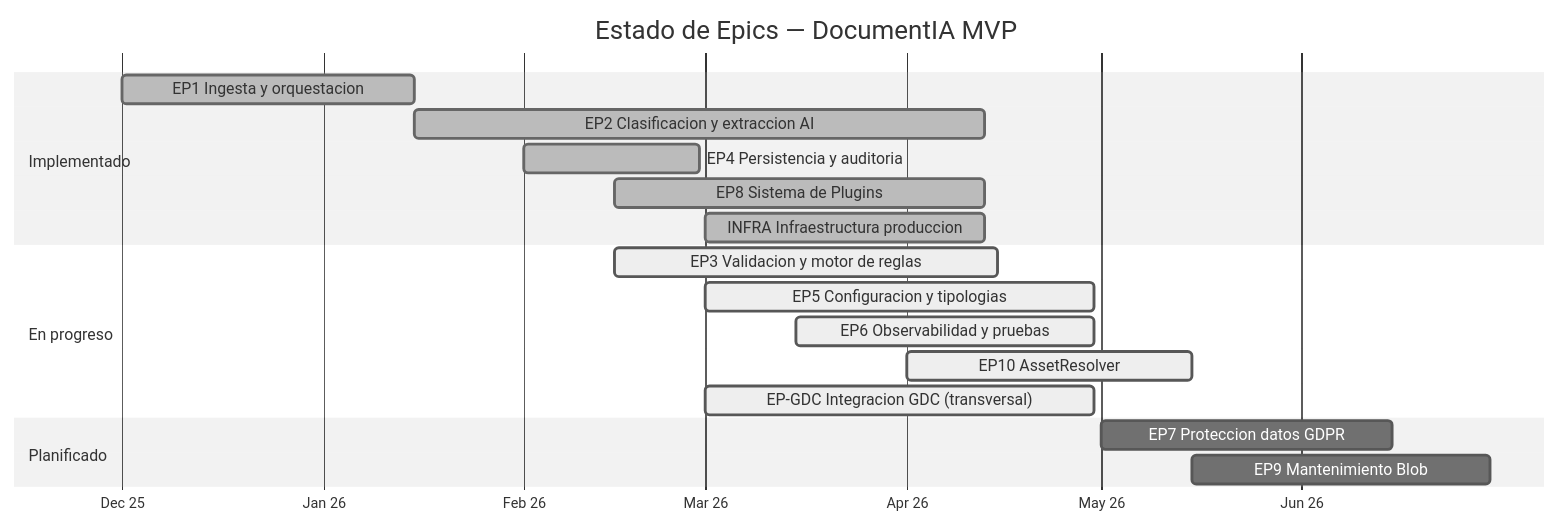
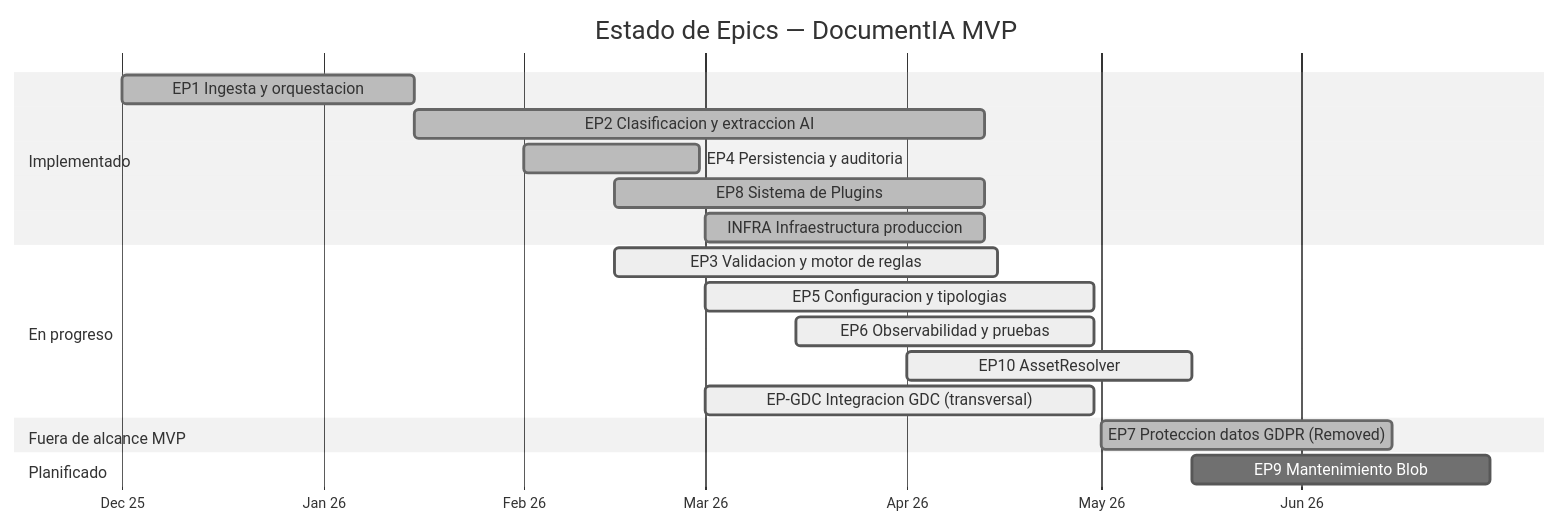
The diagram in docs/07_ROADMAP_PENDIENTES.md (nvcrisologo02/AI-DocClassExt), drawn with Mermaid (neutral theme) before and after one commit. The commit also changed other lines of this file and 6 other files, not shown here.

First line of the commit message:
docs(ep7): reflejar retirada del alcance MVP AB#98519

````diff
--- a/docs/07_ROADMAP_PENDIENTES.md
+++ b/docs/07_ROADMAP_PENDIENTES.md
@@ -14,24 +18,26 @@
 ```mermaid
 gantt
     title Estado de Epics — DocumentIA MVP
     dateFormat YYYY-MM-DD
     axisFormat %b %y
 
     section Implementado
     EP1 Ingesta y orquestacion         :done, ep1, 2025-12-01, 2026-01-15
     EP2 Clasificacion y extraccion AI   :done, ep2, 2026-01-15, 2026-04-13
     EP4 Persistencia y auditoria        :done, ep4, 2026-02-01, 2026-02-28
     EP8 Sistema de Plugins              :done, ep8, 2026-02-15, 2026-04-13
     INFRA Infraestructura produccion    :done, infra, 2026-03-01, 2026-04-13
 
     section En progreso
     EP3 Validacion y motor de reglas    :active, ep3, 2026-02-15, 2026-04-15
     EP5 Configuracion y tipologias      :active, ep5, 2026-03-01, 2026-04-30
     EP6 Observabilidad y pruebas        :active, ep6, 2026-03-15, 2026-04-30
     EP10 AssetResolver                  :active, ep10, 2026-04-01, 2026-05-15
     EP-GDC Integracion GDC (transversal) :active, epgdc, 2026-03-01, 2026-04-30
 
+    section Fuera de alcance MVP
+    EP7 Proteccion datos GDPR (Removed) :done, ep7, 2026-05-01, 2026-06-15
+
     section Planificado
-    EP7 Proteccion datos GDPR           :ep7, 2026-05-01, 2026-06-15
     EP9 Mantenimiento Blob              :ep9, 2026-05-15, 2026-06-30
 ```
````
